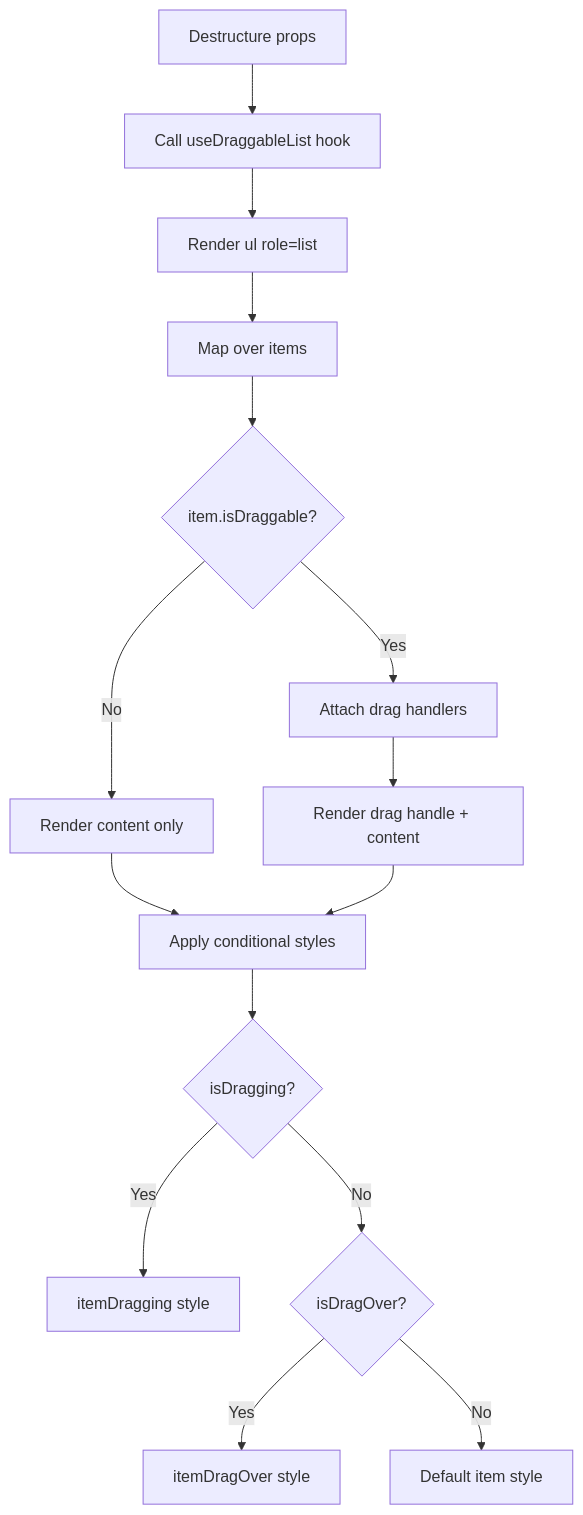
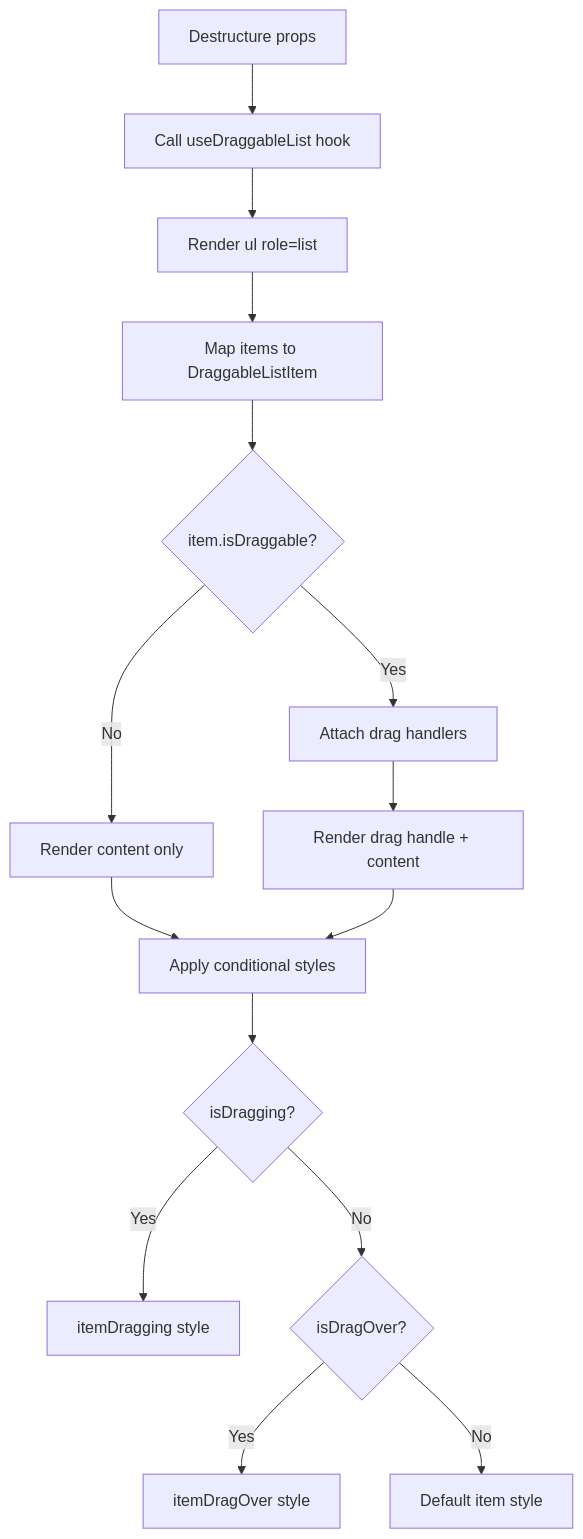
Before and after one commit to luciocabrera/lcabrera-stack: the second of 3 diagrams in packages/ui/src/components/DraggableList/ARCHITECTURE.md, drawn with Mermaid. The commit also changed other lines of this file and 4 other files, not shown here.

First line of the commit message:
refactor(ui): extract DraggableListItem delegate (phase 4.4)

````diff
--- a/packages/ui/src/components/DraggableList/ARCHITECTURE.md
+++ b/packages/ui/src/components/DraggableList/ARCHITECTURE.md
@@ -38,17 +46,17 @@
 ```mermaid
 graph TD
   A[Destructure props] --> B[Call useDraggableList hook]
   B --> C["Render ul role=list"]
-  C --> D[Map over items]
+  C --> D[Map items to DraggableListItem]
   D --> E{item.isDraggable?}
   E -- Yes --> F[Attach drag handlers]
   F --> G[Render drag handle + content]
   E -- No --> H[Render content only]
   H --> I[Apply conditional styles]
   G --> I
   I --> J{isDragging?}
   J -- Yes --> K[itemDragging style]
   J -- No --> L{isDragOver?}
   L -- Yes --> M[itemDragOver style]
   L -- No --> N[Default item style]
 ```
````
